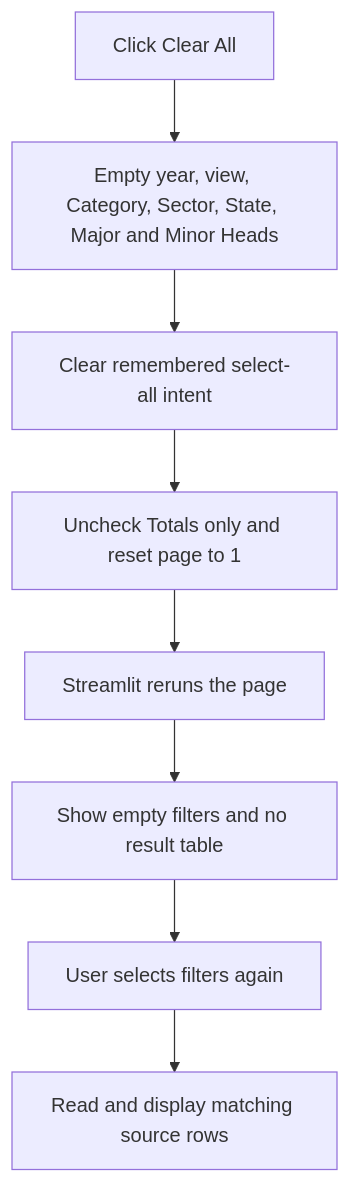
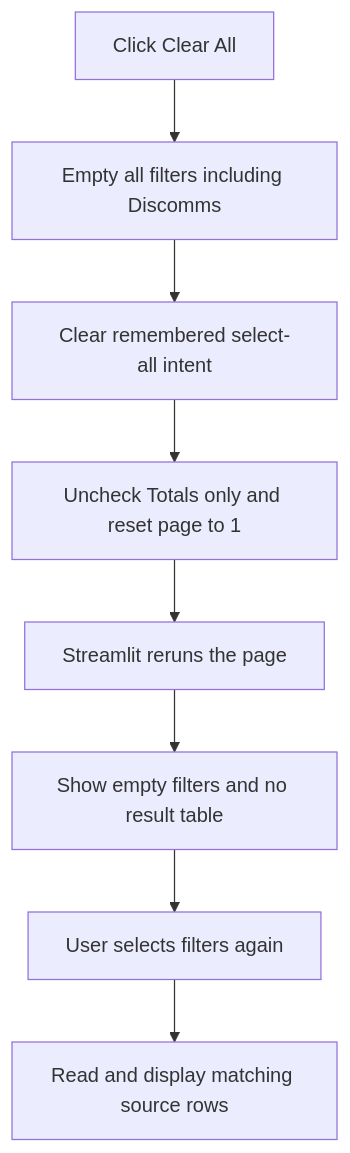
The first of 3 diagrams in dashboard/decision.md (Ribhu-bhardwaj/Open-PFC), drawn with Mermaid before and after one commit. The commit also changed other lines of this file and 4 other files, not shown here.

````diff
--- a/dashboard/decision.md
+++ b/dashboard/decision.md
@@ -52,10 +55,10 @@
 ```mermaid
 flowchart TD
-    A[Click Clear All] --> B[Empty year, view, Category, Sector, State, Major and Minor Heads]
+    A[Click Clear All] --> B[Empty all filters including Discomms]
     B --> C[Clear remembered select-all intent]
     C --> D[Uncheck Totals only and reset page to 1]
     D --> E[Streamlit reruns the page]
     E --> F[Show empty filters and no result table]
     F --> G[User selects filters again]
     G --> H[Read and display matching source rows]
 ```
````
